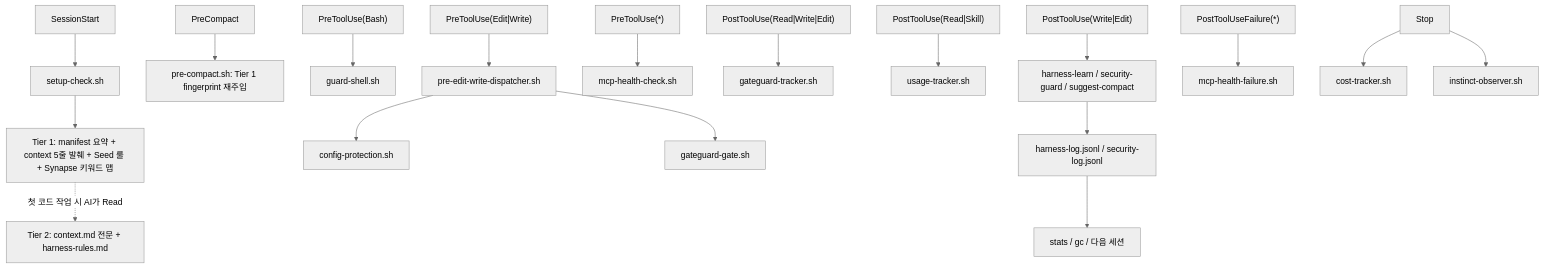
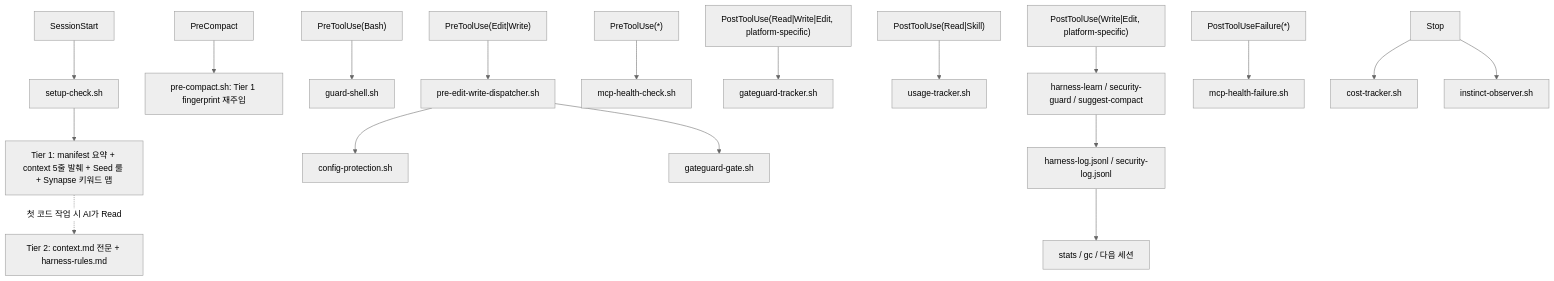
One commit to Jimmy-Jung/ai-symbiote changed the diagram in docs/04-주요-기능.md. Above: the diagram before and after it, drawn with Mermaid (neutral theme). The commit also changed other lines of this file and 1 other file, not shown here.

````diff
--- a/docs/04-주요-기능.md
+++ b/docs/04-주요-기능.md
@@ -10,25 +12,25 @@
 ```mermaid
 flowchart TD
     A["SessionStart"] --> B["setup-check.sh"]
     B --> T1["Tier 1: manifest 요약 + context 5줄 발췌 + Seed 룰 + Synapse 키워드 맵"]
     T1 -.->|"첫 코드 작업 시 AI가 Read"| T2["Tier 2: context.md 전문 + harness-rules.md"]
 
     C["PreCompact"] --> PC["pre-compact.sh: Tier 1 fingerprint 재주입"]
 
     D["PreToolUse(Bash)"] --> E["guard-shell.sh"]
     D2["PreToolUse(Edit|Write)"] --> DISP["pre-edit-write-dispatcher.sh"]
     DISP --> CP["config-protection.sh"]
     DISP --> GG["gateguard-gate.sh"]
     D3["PreToolUse(*)"] --> MH["mcp-health-check.sh"]
 
-    F["PostToolUse(Read|Write|Edit)"] --> GT["gateguard-tracker.sh"]
+    F["PostToolUse(Read|Write|Edit, platform-specific)"] --> GT["gateguard-tracker.sh"]
     F2["PostToolUse(Read|Skill)"] --> UT["usage-tracker.sh"]
-    F3["PostToolUse(Write|Edit)"] --> G["harness-learn / security-guard / suggest-compact"]
+    F3["PostToolUse(Write|Edit, platform-specific)"] --> G["harness-learn / security-guard / suggest-compact"]
     F4["PostToolUseFailure(*)"] --> MF["mcp-health-failure.sh"]
 
     S["Stop"] --> CT["cost-tracker.sh"]
     S --> IO["instinct-observer.sh"]
 
     G --> H["harness-log.jsonl / security-log.jsonl"]
     H --> I["stats / gc / 다음 세션"]
 ```
````
